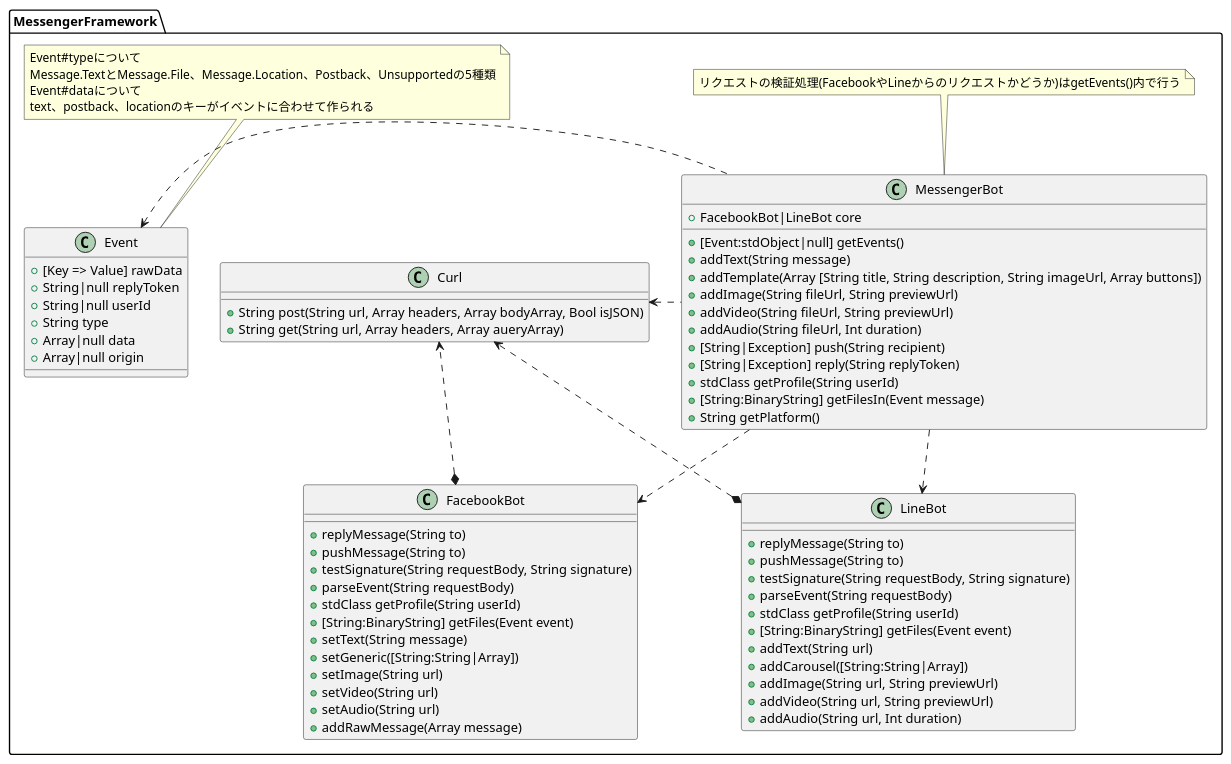
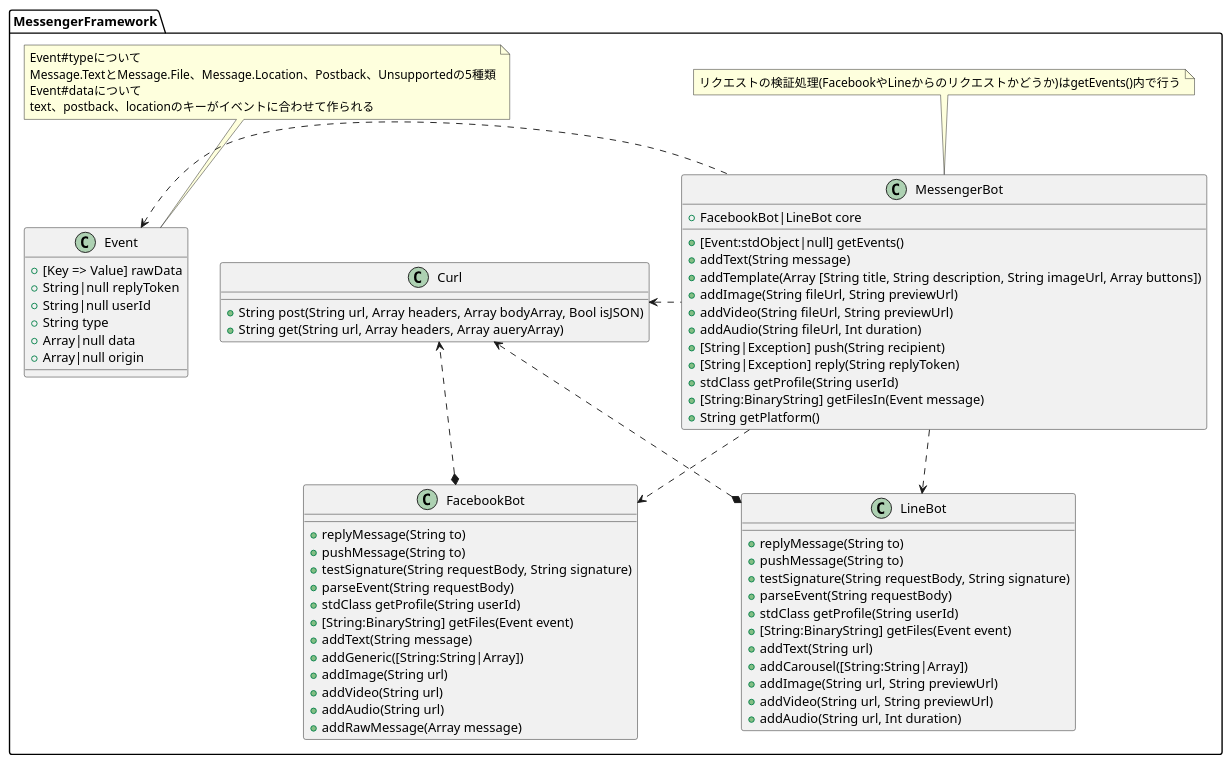
One commit to genies-inc/messenger-framework changed the diagram in docs/class-spec.puml. Above: the diagram before and after it, drawn with PlantUML.

Commit message:
Fix クラス仕様書のFacebookBotの記述ミスを修正

```diff
--- a/docs/class-spec.puml
+++ b/docs/class-spec.puml
@@ -1,87 +1,87 @@
 @startuml
 
 namespace MessengerFramework {
 
   class Event {
     + [Key => Value] rawData
     + String|null replyToken
     + String|null userId
     + String type
     + Array|null data
     + Array|null origin
   }
 
   note top of Event
     Event#typeについて
     Message.TextとMessage.File、Message.Location、Postback、Unsupportedの5種類
     Event#dataについて
     text、postback、locationのキーがイベントに合わせて作られる
   end note
 
   class MessengerBot {
     + FacebookBot|LineBot core
     + [Event:stdObject|null] getEvents()
     + addText(String message)
     + addTemplate(Array [String title, String description, String imageUrl, Array buttons])
     + addImage(String fileUrl, String previewUrl)
     + addVideo(String fileUrl, String previewUrl)
     + addAudio(String fileUrl, Int duration)
     + [String|Exception] push(String recipient)
     + [String|Exception] reply(String replyToken)
     + stdClass getProfile(String userId)
     + [String:BinaryString] getFilesIn(Event message)
     + String getPlatform()
   }
 
   note top of MessengerBot
     リクエストの検証処理(FacebookやLineからのリクエストかどうか)はgetEvents()内で行う
   end note
 
   class FacebookBot {
     + replyMessage(String to)
     + pushMessage(String to)
     + testSignature(String requestBody, String signature)
     + parseEvent(String requestBody)
     + stdClass getProfile(String userId)
     + [String:BinaryString] getFiles(Event event)
-    + setText(String message)
-    + setGeneric([String:String|Array])
-    + setImage(String url)
-    + setVideo(String url)
-    + setAudio(String url)
+    + addText(String message)
+    + addGeneric([String:String|Array])
+    + addImage(String url)
+    + addVideo(String url)
+    + addAudio(String url)
     + addRawMessage(Array message)
   }
 
   class LineBot {
     + replyMessage(String to)
     + pushMessage(String to)
     + testSignature(String requestBody, String signature)
     + parseEvent(String requestBody)
     + stdClass getProfile(String userId)
     + [String:BinaryString] getFiles(Event event)
     + addText(String url)
     + addCarousel([String:String|Array])
     + addImage(String url, String previewUrl)
     + addVideo(String url, String previewUrl)
     + addAudio(String url, Int duration)
   }
 
   class Curl {
     + String post(String url, Array headers, Array bodyArray, Bool isJSON)
     + String get(String url, Array headers, Array aueryArray)
   }
 
 }
 
 ' MessengerFramework内の関連
 
 MessengerFramework.MessengerBot .d.> MessengerFramework.FacebookBot
 MessengerFramework.MessengerBot .d.> MessengerFramework.LineBot
 MessengerFramework.MessengerBot .l.> MessengerFramework.Curl
 MessengerFramework.MessengerBot .l.> MessengerFramework.Event
 
 MessengerFramework.FacebookBot *..> MessengerFramework.Curl
 
 MessengerFramework.LineBot *..> MessengerFramework.Curl
 
 @enduml
```
